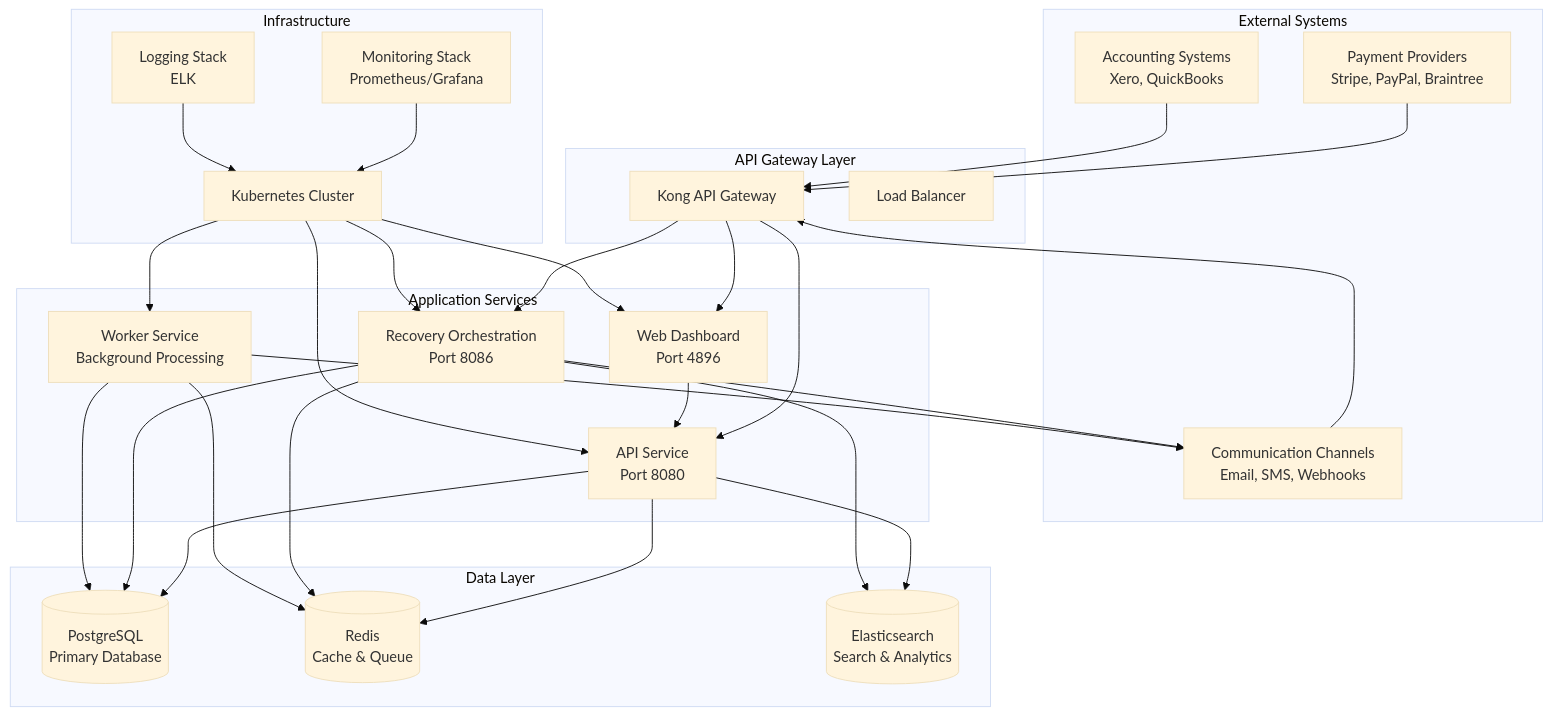
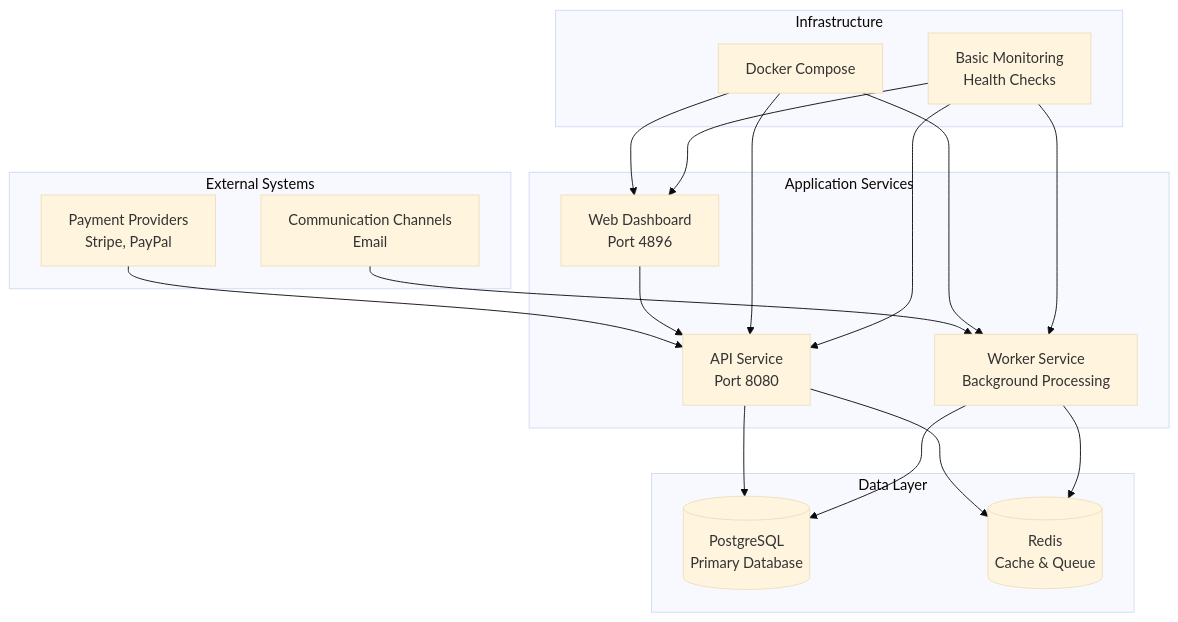
The first of 2 diagrams in SOLUTION_DESIGN_DOCUMENT.md (sambitmohanty1/payment-watchdog), drawn with Mermaid (base theme) before and after one commit. The commit also changed other lines of this file and 6 other files, not shown here.

````diff
--- a/SOLUTION_DESIGN_DOCUMENT.md
+++ b/SOLUTION_DESIGN_DOCUMENT.md
@@ -196,62 +194,40 @@
 ```mermaid
 graph TB
     subgraph "External Systems"
-        PP[Payment Providers<br/>Stripe, PayPal, Braintree]
-        ACC[Accounting Systems<br/>Xero, QuickBooks]
-        COMM[Communication Channels<br/>Email, SMS, Webhooks]
-    end
-    
-    subgraph "API Gateway Layer"
-        GW[Kong API Gateway]
-        LB[Load Balancer]
+        PP[Payment Providers<br/>Stripe, PayPal]
+        COMM[Communication Channels<br/>Email]
     end
     
     subgraph "Application Services"
         API[API Service<br/>Port 8080]
         WEB[Web Dashboard<br/>Port 4896]
-        RO[Recovery Orchestration<br/>Port 8086]
         WRK[Worker Service<br/>Background Processing]
     end
     
     subgraph "Data Layer"
         PG[(PostgreSQL<br/>Primary Database)]
         RD[(Redis<br/>Cache & Queue)]
-        ES[(Elasticsearch<br/>Search & Analytics)]
     end
     
     subgraph "Infrastructure"
-        K8S[Kubernetes Cluster]
-        MON[Monitoring Stack<br/>Prometheus/Grafana]
-        LOG[Logging Stack<br/>ELK]
+        DOCKER[Docker Compose]
+        MON[Basic Monitoring<br/>Health Checks]
     end
     
-    PP --> GW
-    ACC --> GW
-    COMM --> GW
-    
-    GW --> API
-    GW --> WEB
-    GW --> RO
+    PP --> API
+    COMM --> WRK
     
     API --> PG
     API --> RD
     WEB --> API
-    RO --> PG
-    RO --> RD
     WRK --> PG
     WRK --> RD
     
-    RO --> COMM
-    WRK --> COMM
+    DOCKER --> API
+    DOCKER --> WEB
+    DOCKER --> WRK
     
-    API --> ES
-    RO --> ES
-    
-    K8S --> API
-    K8S --> WEB
-    K8S --> RO
-    K8S --> WRK
-    
-    MON --> K8S
-    LOG --> K8S
+    MON --> API
+    MON --> WEB
+    MON --> WRK
 ```
````
